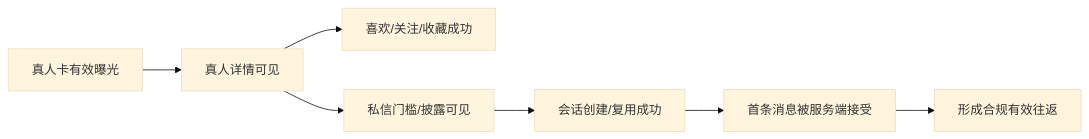
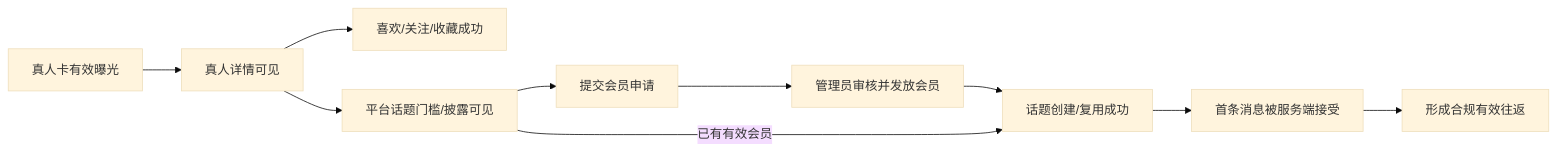
One commit to yyg20101/meigallery-cloudflare changed the diagram in docs/app/UI_STATE_COPY_AND_ANALYTICS_CATALOG.md. Above: the diagram before and after it, drawn with Mermaid (base theme). The commit also changed other lines of this file and 39 other files, not shown here.

````diff
--- a/docs/app/UI_STATE_COPY_AND_ANALYTICS_CATALOG.md
+++ b/docs/app/UI_STATE_COPY_AND_ANALYTICS_CATALOG.md
@@ -378,9 +391,12 @@
 ```mermaid
 flowchart LR
     EXP["真人卡有效曝光"] --> VIEW["真人详情可见"]
     VIEW --> ACT["喜欢/关注/收藏成功"]
-    VIEW --> GATE["私信门槛/披露可见"]
-    GATE --> CREATE["会话创建/复用成功"]
+    VIEW --> GATE["平台话题门槛/披露可见"]
+    GATE --> APPLY["提交会员申请"]
+    APPLY --> GRANT["管理员审核并发放会员"]
+    GRANT --> CREATE["话题创建/复用成功"]
+    GATE -->|"已有有效会员"| CREATE
     CREATE --> FIRST["首条消息被服务端接受"]
     FIRST --> ROUND["形成合规有效往返"]
 ```
````
